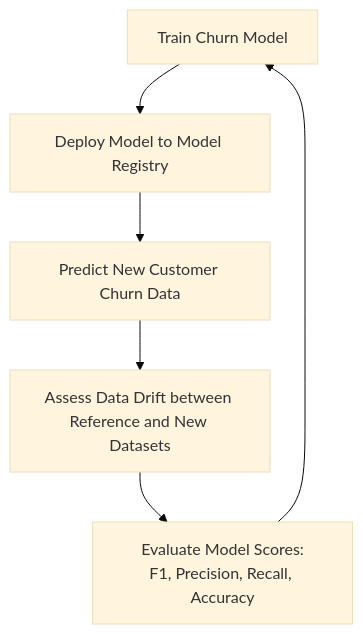
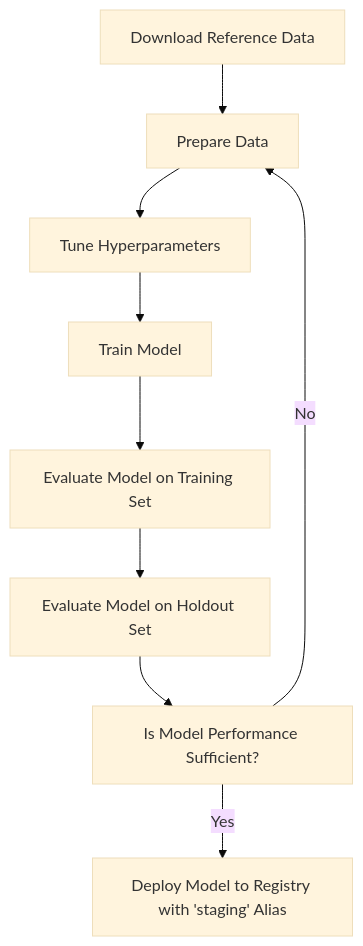
Before and after one commit to paultongyoo/churn-model-evaluation-platform: the first of 2 diagrams in README.md, drawn with Mermaid (base theme). The commit also changed other lines of this file, not shown here.

````diff
--- a/README.md
+++ b/README.md
@@ -45,13 +53,14 @@
 ```mermaid
 flowchart TD
-    A[Train Churn Model]
-    B[Deploy Model to Model Registry]
-    C[Predict New Customer Churn Data]
-    D[Assess Data Drift between Reference and New Datasets]
-    E[Evaluate Model Scores:<br/>F1, Precision, Recall, Accuracy]
-    A --> B;
-    B --> C;
-    C --> D;
-    D --> E;
-    E --> A;
+    A[Download Reference Data]
+    B[Prepare Data]
+    C[Tune Hyperparameters]
+    D[Train Model]
+    E[Evaluate Model on Training Set]
+    F[Evaluate Model on Holdout Set]
+    G[Is Model Performance Sufficient?]
+    H[Deploy Model to Registry with 'staging' Alias]
+    A --> B --> C --> D --> E --> F --> G;
+    G --> |Yes| H;
+    G --> |No| B;
 ```
````
